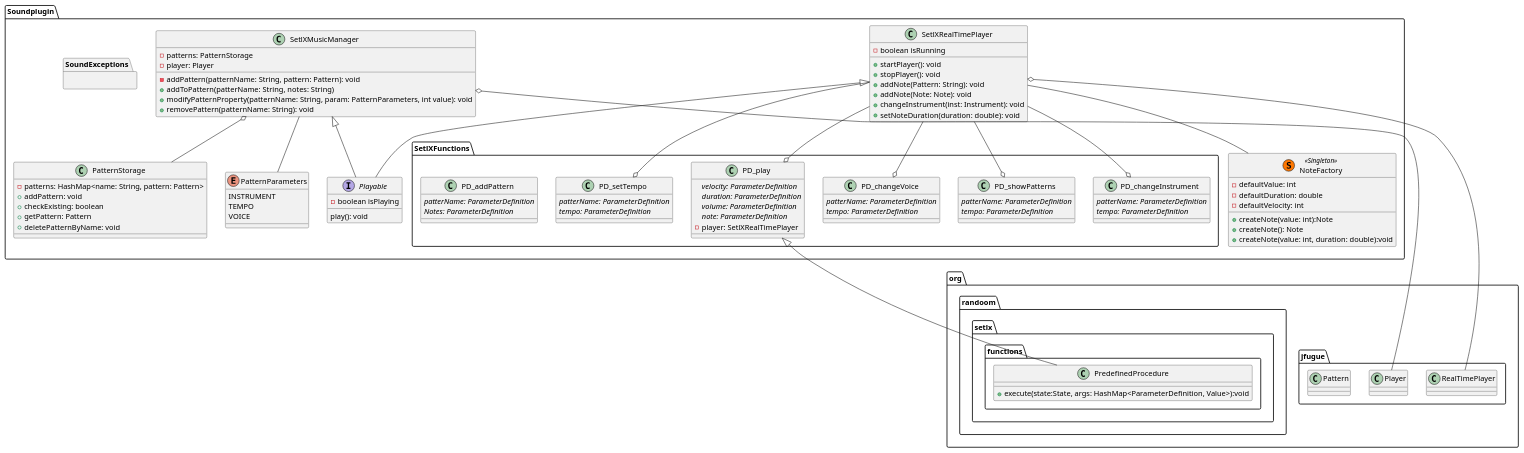
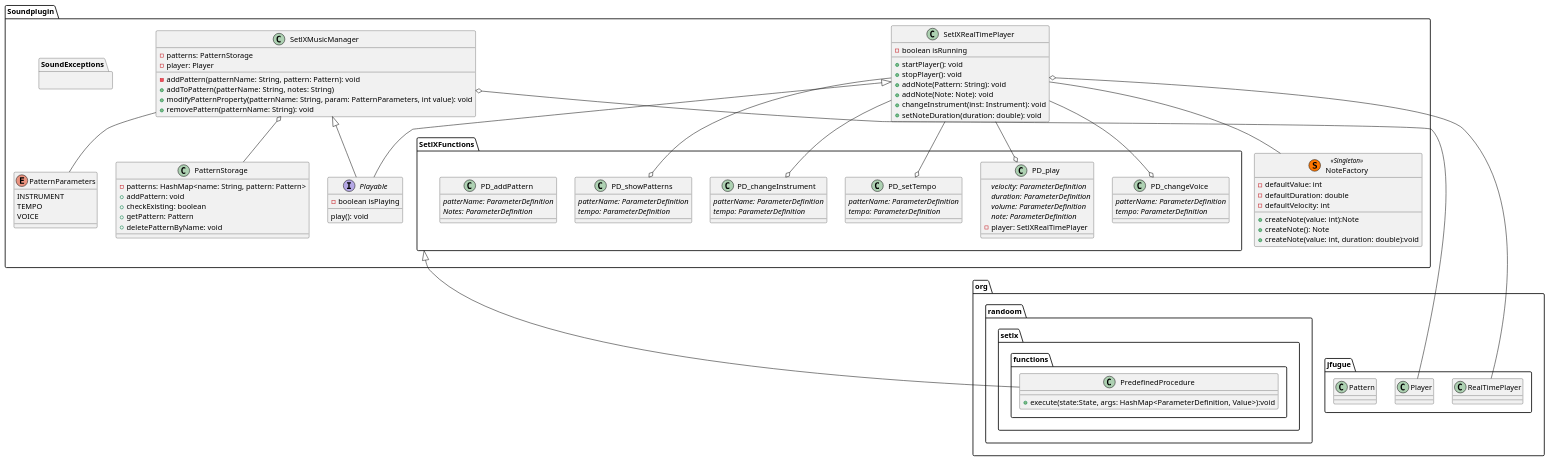
The diagram in interpreter/sound_addon/documentation/test.puml (lukas681/setlX), drawn with PlantUML before and after one commit.

Commit message:
imporved inheritance

```diff
--- a/interpreter/sound_addon/documentation/test.puml
+++ b/interpreter/sound_addon/documentation/test.puml
@@ -1,119 +1,119 @@
 @startuml
 
 package Soundplugin {
     class SetlXRealTimePlayer{
     -boolean isRunning
 
     +startPlayer(): void
     +stopPlayer(): void
     +addNote(Pattern: String): void
     +addNote(Note: Note): void
     +changeInstrument(inst: Instrument): void
     +setNoteDuration(duration: double): void
 
 
 
     }
     class NoteFactory <<(S,#FF7700) Singleton>>{
     -defaultValue: int
     -defaultDuration: double
     -defaultVelocity: int
 
     +createNote(value: int):Note
     +createNote(): Note
     +createNote(value: int, duration: double):void
 
     }
         interface Playable{
         -boolean isPlaying
         play(): void
         }
     class SetlXMusicManager {
     -patterns: PatternStorage
     -player: Player
     -addPattern(patternName: String, pattern: Pattern): void
     +addToPattern(patterName: String, notes: String)
     +modifyPatternProperty(patternName: String, param: PatternParameters, int value): void
     +removePattern(patternName: String): void
 
     }
     class PatternStorage{
     -patterns: HashMap<name: String, pattern: Pattern>
     +addPattern: void
     +checkExisting: boolean
     +getPattern: Pattern
     +deletePatternByName: void
     }
 
     enum PatternParameters{
     INSTRUMENT
     TEMPO
     VOICE
     }
 
 package  SetlXFunctions {
     class PD_play {
     {abstract} velocity: ParameterDefinition
     {abstract} duration: ParameterDefinition
     {abstract} volume: ParameterDefinition
     {abstract} note: ParameterDefinition
     -player: SetlXRealTimePlayer
     }
     class PD_setTempo{
     {abstract} patterName: ParameterDefinition
     {abstract} tempo: ParameterDefinition
     }
     class PD_changeInstrument{
     {abstract} patterName: ParameterDefinition
     {abstract} tempo: ParameterDefinition
     }
     class PD_showPatterns{
     {abstract} patterName: ParameterDefinition
     {abstract} tempo: ParameterDefinition
     }
     class PD_changeVoice{
     {abstract} patterName: ParameterDefinition
     {abstract} tempo: ParameterDefinition
     }
     class PD_addPattern{
     {abstract} patterName: ParameterDefinition
     {abstract} Notes: ParameterDefinition
     }
 }
 package SoundExceptions{
 }
 }
 
 package  org.randoom.setlx.functions {
 
 class PredefinedProcedure {
 +execute(state:State, args: HashMap<ParameterDefinition, Value>):void
 }
 
 }
 
 package  org.jfugue{
     class RealTimePlayer{
     }
     class Player{
     }
     class Pattern
 }
 
-PD_play <|-- PredefinedProcedure
+SetlXFunctions <|-- PredefinedProcedure
 SetlXRealTimePlayer -- NoteFactory
 SetlXRealTimePlayer --o PD_play
 SetlXRealTimePlayer --o PD_changeInstrument
 SetlXRealTimePlayer --o PD_showPatterns
 SetlXRealTimePlayer --o PD_changeVoice
 SetlXRealTimePlayer --o PD_setTempo
 SetlXRealTimePlayer <|-- Playable
 SetlXMusicManager <|-- Playable
 SetlXMusicManager -- PatternParameters
 SetlXMusicManager o-- Player
 SetlXRealTimePlayer  o-- RealTimePlayer
 SetlXMusicManager  o-- PatternStorage
 
 
 
 @enduml
```
